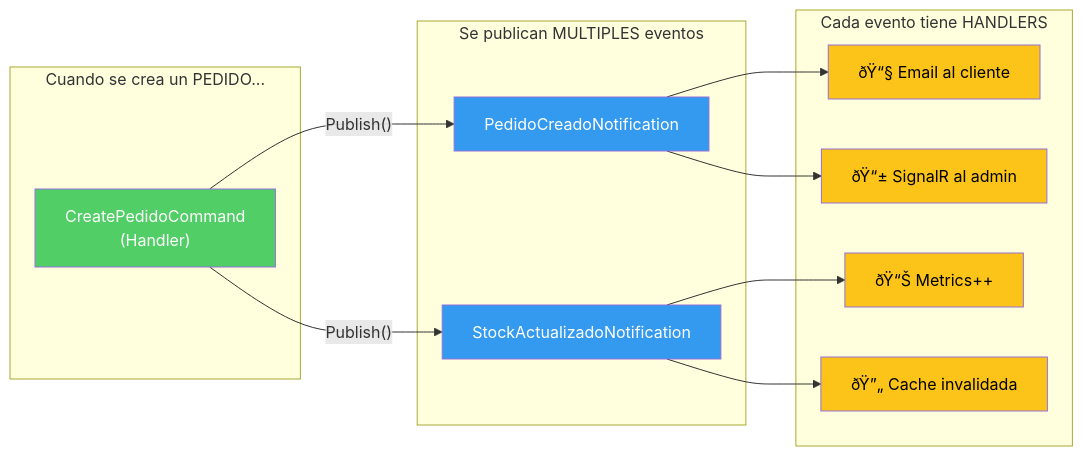
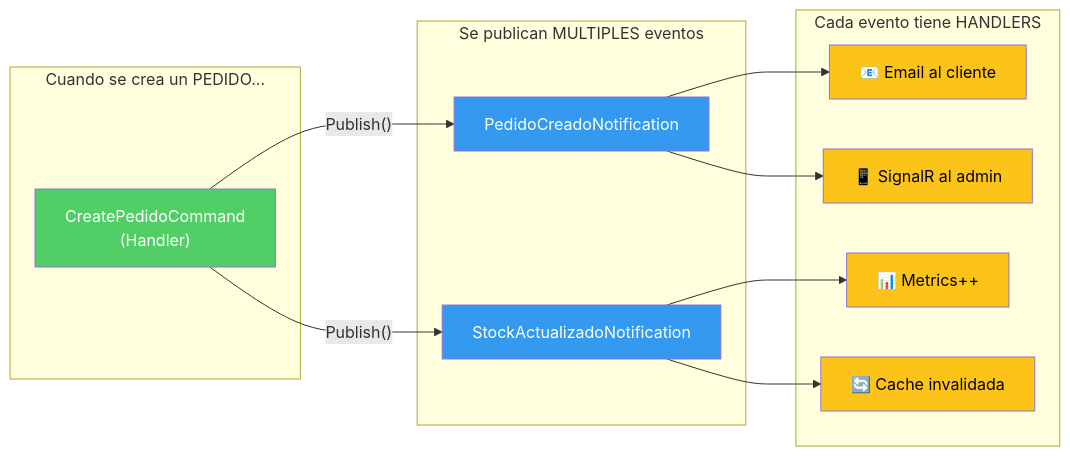
Before and after one commit to joseluisgs/TiendaDawApi-Cqrs-MediatR-NetCore: diagram 14 of 23 in doc/12-cqrs-commands-queries.md, drawn with Mermaid. The commit also changed other lines of this file and 27 other files, not shown here.

````diff
--- a/doc/12-cqrs-commands-queries.md
+++ b/doc/12-cqrs-commands-queries.md
@@ -833,34 +833,34 @@
 ```mermaid
 flowchart LR
     subgraph "Cuando se crea un PEDIDO..."
         CMD["CreatePedidoCommand\n(Handler)"]
     end
     
     subgraph "Se publican MULTIPLES eventos"
         E1["PedidoCreadoNotification"]
         E2["StockActualizadoNotification"]
     end
     
     subgraph "Cada evento tiene HANDLERS"
-        H1A["ðŸ“§ Email al cliente"]
-        H1B["ðŸ“± SignalR al admin"]
-        H2A["ðŸ“Š Metrics++"]
-        H2B["ðŸ”„ Cache invalidada"]
+        H1A["📧 Email al cliente"]
+        H1B["📱 SignalR al admin"]
+        H2A["📊 Metrics++"]
+        H2B["🔄 Cache invalidada"]
     end
     
     CMD -->|"Publish()"| E1
     CMD -->|"Publish()"| E2
     
     E1 --> H1A
     E1 --> H1B
     E2 --> H2A
     E2 --> H2B
     
     style CMD fill:#51cf66,color:#fff
     style E1 fill:#339af0,color:#fff
     style E2 fill:#339af0,color:#fff
     style H1A fill:#fcc419,color:#000
     style H1B fill:#fcc419,color:#000
     style H2A fill:#fcc419,color:#000
     style H2B fill:#fcc419,color:#000
 ```
````
